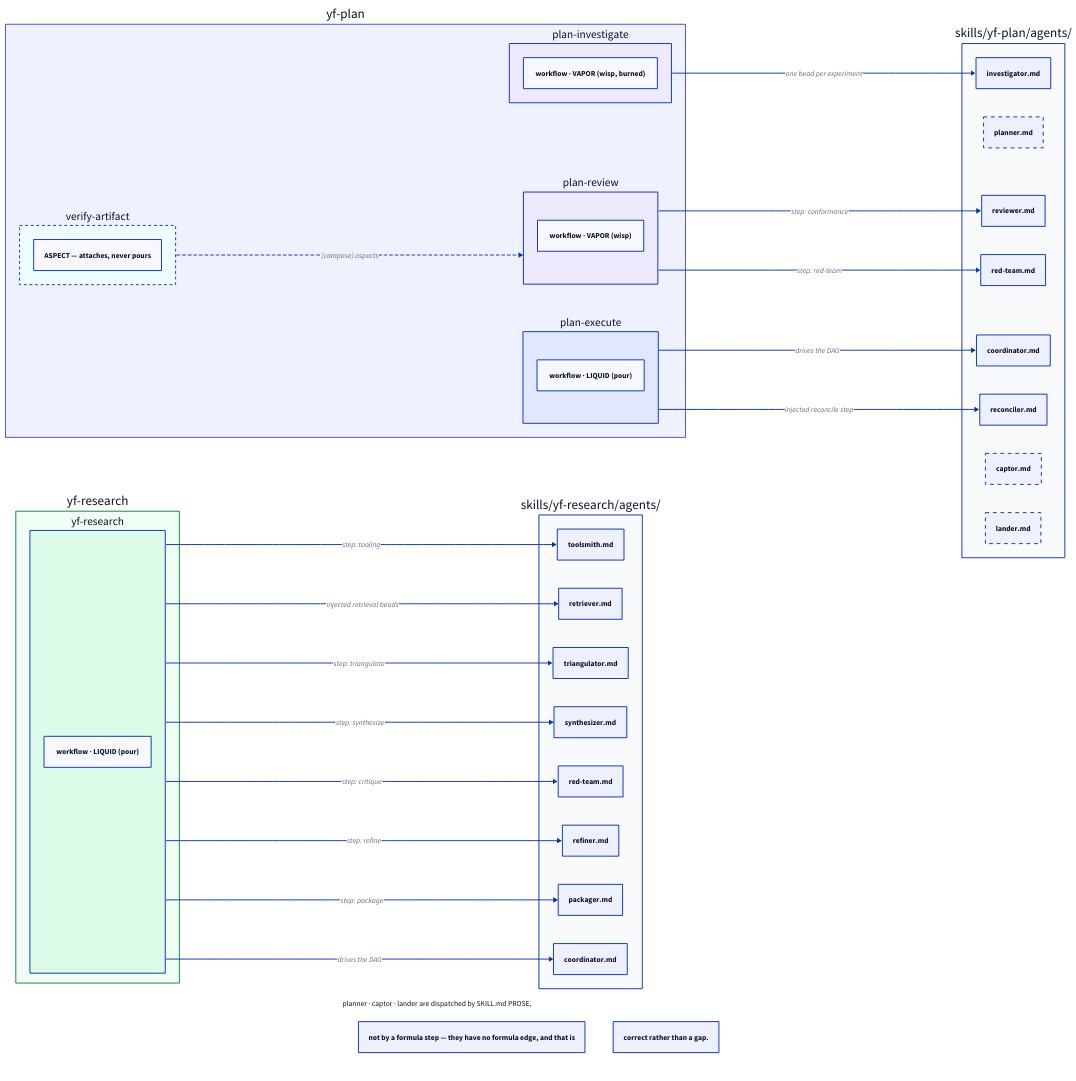
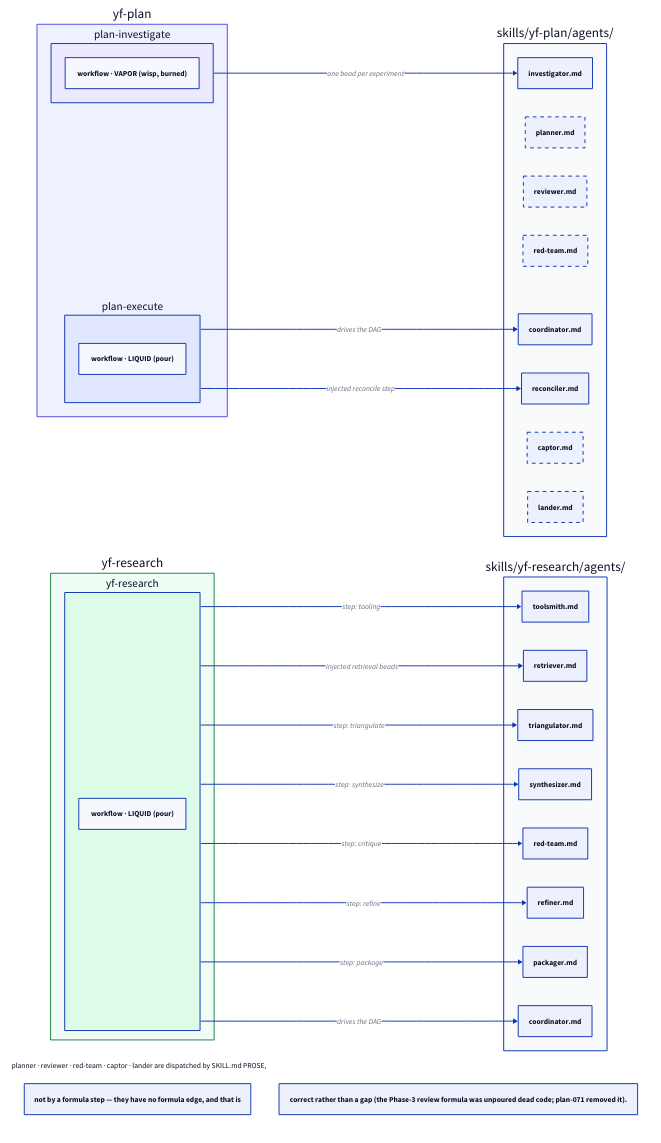
Before and after one commit to dixson3/yoshiko-flow: the diagram in web/content/images/formulas-map.d2, drawn with D2. The commit also changed 16 other files, not shown here.

Commit message:
plan-071 Issue 2.5: delete the unpoured plan-review and verify-artifact formulas and every reference (checks, tests, README, web page, diagrams)

```diff
--- a/web/content/images/formulas-map.d2
+++ b/web/content/images/formulas-map.d2
@@ -1,109 +1,95 @@
 # The skills / agents -> formulas map (#373).
 #
 # WHICH SKILL OWNS WHICH FORMULA, and WHICH AGENT each formula's steps dispatch. This replaces
 # the former generic `formulas.d2` ER meta-diagram: that drawing explained what a formula IS,
 # which the formulas page already says in prose, and answered none of the questions a reader
 # actually arrives with — who owns this, what does it pour, and who runs each step.
 #
 # Sources of truth: skills/*/formulas/*.formula.toml (the `[[steps]]` and their descriptions)
 # and skills/*/agents/*.md (the dispatched subagents).
 direction: right
 
 yfplan: {
   label: "yf-plan"
   style.fill: "#eef2ff"
   style.stroke: "#4f46e5"
 
   execute: {
     label: "plan-execute"
     workflow_liquid_pour: "workflow · LIQUID (pour)"
     shape: rectangle
     style.fill: "#e0e7ff"
   }
   investigate: {
     label: "plan-investigate"
     workflow_vapor_wisp_burned: "workflow · VAPOR (wisp, burned)"
     shape: rectangle
     style.fill: "#ede9fe"
-  }
-  review: {
-    label: "plan-review"
-    workflow_vapor_wisp: "workflow · VAPOR (wisp)"
-    shape: rectangle
-    style.fill: "#ede9fe"
-  }
-  verify: {
-    label: "verify-artifact"
-    aspect_attaches_never_pours: "ASPECT — attaches, never pours"
-    shape: rectangle
-    style.fill: "#ecfeff"
-    style.stroke-dash: 3
   }
 }
 
 yfresearch: {
   label: "yf-research"
   style.fill: "#f0fdf4"
   style.stroke: "#15803d"
 
   research: {
     label: "yf-research"
     workflow_liquid_pour: "workflow · LIQUID (pour)"
     shape: rectangle
     style.fill: "#dcfce7"
   }
 }
 
 plan_agents: {
   label: "skills/yf-plan/agents/"
   style.fill: "#f8fafc"
   investigator: "investigator.md"
   planner: "planner.md"
   reviewer: "reviewer.md"
   redteam: "red-team.md"
   coordinator: "coordinator.md"
   reconciler: "reconciler.md"
   captor: "captor.md"
   lander: "lander.md"
 }
 
 research_agents: {
   label: "skills/yf-research/agents/"
   style.fill: "#f8fafc"
   toolsmith: "toolsmith.md"
   retriever: "retriever.md"
   triangulator: "triangulator.md"
   synthesizer: "synthesizer.md"
   redteam: "red-team.md"
   refiner: "refiner.md"
   packager: "packager.md"
   coordinator: "coordinator.md"
 }
 
 yfplan.investigate -> plan_agents.investigator: "one bead per experiment"
-yfplan.review -> plan_agents.reviewer: "step: conformance"
-yfplan.review -> plan_agents.redteam: "step: red-team"
 yfplan.execute -> plan_agents.coordinator: "drives the DAG"
 yfplan.execute -> plan_agents.reconciler: "injected reconcile step"
-yfplan.verify -> yfplan.review: "[compose] aspects" { style.stroke-dash: 3 }
 
 plan_agents.planner: {style.stroke-dash: 4}
+plan_agents.reviewer: {style.stroke-dash: 4}
+plan_agents.redteam: {style.stroke-dash: 4}
 plan_agents.captor: {style.stroke-dash: 4}
 plan_agents.lander: {style.stroke-dash: 4}
 
 note: {
-  label: "planner · captor · lander are dispatched by SKILL.md PROSE,"
+  label: "planner · reviewer · red-team · captor · lander are dispatched by SKILL.md PROSE,"
   not_by_a_formula_step_they_h: "not by a formula step — they have no formula edge, and that is"
-  correct_rather_than_a_gap: "correct rather than a gap."
+  correct_rather_than_a_gap: "correct rather than a gap (the Phase-3 review formula was unpoured dead code; plan-071 removed it)."
   shape: text
   near: bottom-center
 }
 
 yfresearch.research -> research_agents.toolsmith: "step: tooling"
 yfresearch.research -> research_agents.retriever: "injected retrieval beads"
 yfresearch.research -> research_agents.triangulator: "step: triangulate"
 yfresearch.research -> research_agents.synthesizer: "step: synthesize"
 yfresearch.research -> research_agents.redteam: "step: critique"
 yfresearch.research -> research_agents.refiner: "step: refine"
 yfresearch.research -> research_agents.packager: "step: package"
 yfresearch.research -> research_agents.coordinator: "drives the DAG"
```
